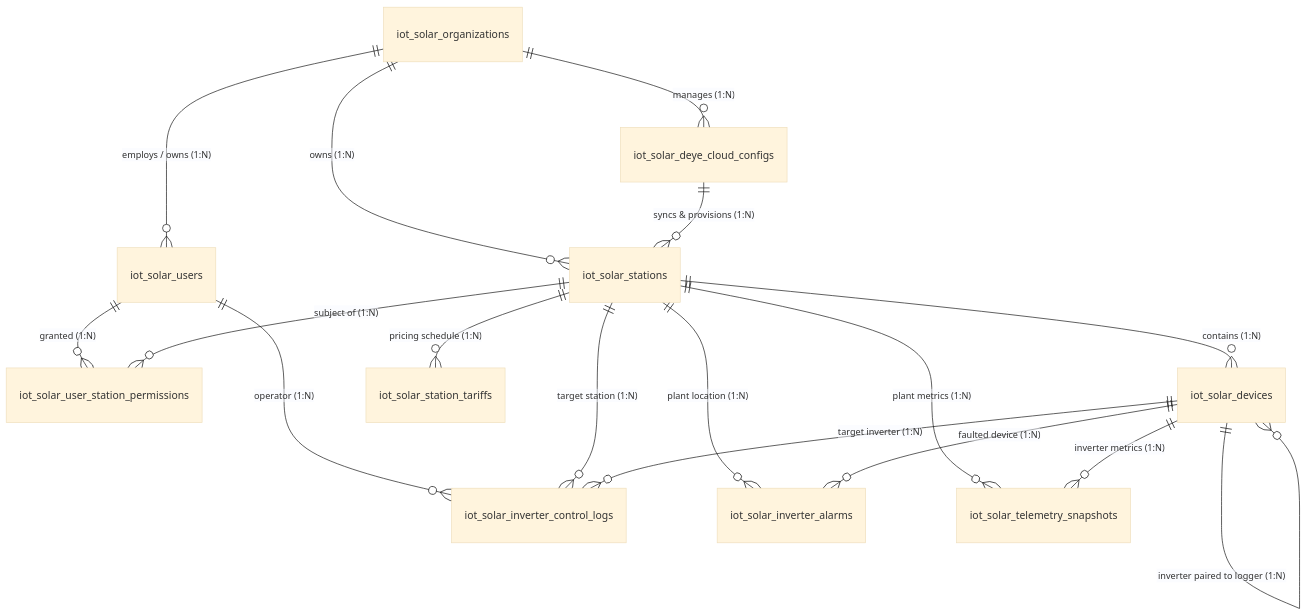
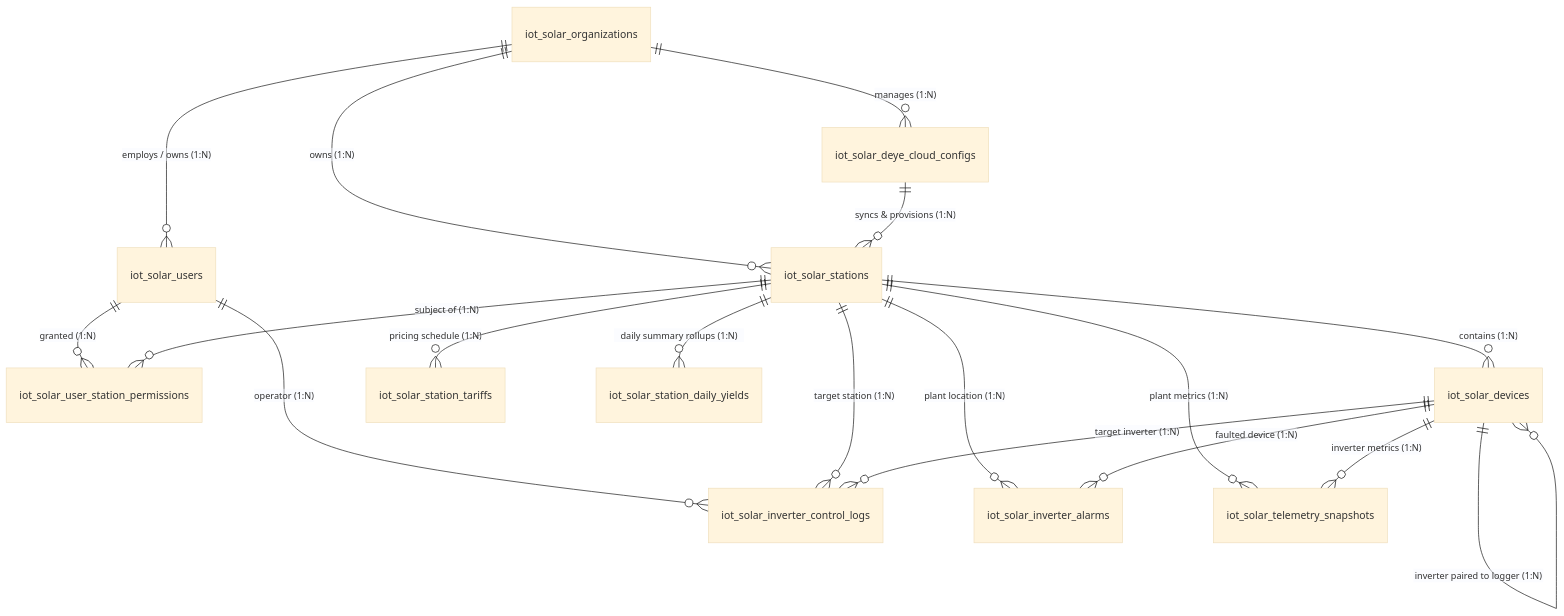
The diagram in DATABASE_SCHEMA_RELATIONS.md (Xerman09/Men2-Vertex-SolarMonitoring), drawn with Mermaid (base theme) before and after one commit. The commit also changed other lines of this file and 2 other files, not shown here.

Commit message:
feat(types): add account station relations and database schema models

````diff
--- a/DATABASE_SCHEMA_RELATIONS.md
+++ b/DATABASE_SCHEMA_RELATIONS.md
@@ -16,26 +16,27 @@
 ```mermaid
 erDiagram
     iot_solar_organizations ||--o{ iot_solar_users : "employs / owns (1:N)"
     iot_solar_organizations ||--o{ iot_solar_deye_cloud_configs : "manages (1:N)"
     iot_solar_organizations ||--o{ iot_solar_stations : "owns (1:N)"
 
     iot_solar_users ||--o{ iot_solar_user_station_permissions : "granted (1:N)"
     iot_solar_stations ||--o{ iot_solar_user_station_permissions : "subject of (1:N)"
 
     iot_solar_deye_cloud_configs ||--o{ iot_solar_stations : "syncs & provisions (1:N)"
     
     iot_solar_stations ||--o{ iot_solar_devices : "contains (1:N)"
     iot_solar_devices ||--o{ iot_solar_devices : "inverter paired to logger (1:N)"
 
     iot_solar_users ||--o{ iot_solar_inverter_control_logs : "operator (1:N)"
     iot_solar_stations ||--o{ iot_solar_inverter_control_logs : "target station (1:N)"
     iot_solar_devices ||--o{ iot_solar_inverter_control_logs : "target inverter (1:N)"
 
     iot_solar_stations ||--o{ iot_solar_inverter_alarms : "plant location (1:N)"
     iot_solar_devices ||--o{ iot_solar_inverter_alarms : "faulted device (1:N)"
 
     iot_solar_stations ||--o{ iot_solar_station_tariffs : "pricing schedule (1:N)"
+    iot_solar_stations ||--o{ iot_solar_station_daily_yields : "daily summary rollups (1:N)"
 
     iot_solar_stations ||--o{ iot_solar_telemetry_snapshots : "plant metrics (1:N)"
     iot_solar_devices ||--o{ iot_solar_telemetry_snapshots : "inverter metrics (1:N)"
 ```
````
